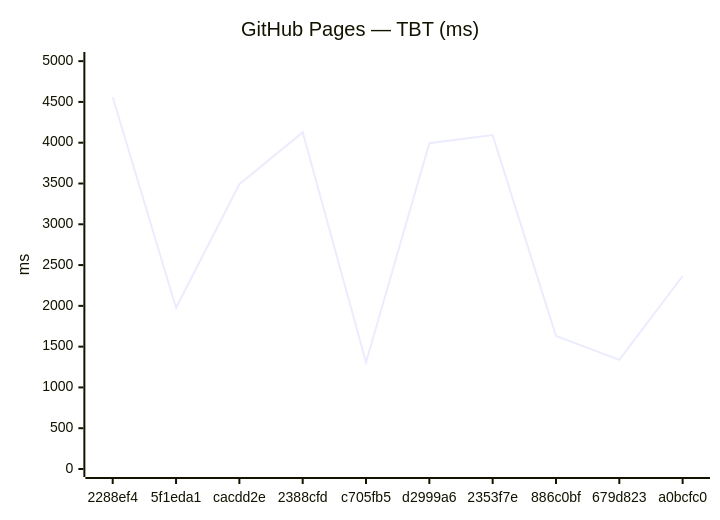
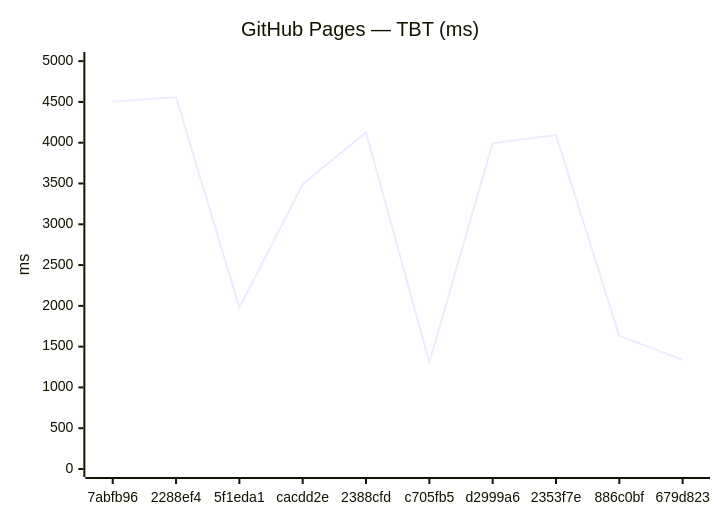
One commit to Metaheurist/Rianell changed the fourth of 12 diagrams in benchmarks/compare.md. Above: the diagram before and after it, drawn with Mermaid. The commit also changed other lines of this file and 8 other files, not shown here.

````diff
--- a/benchmarks/compare.md
+++ b/benchmarks/compare.md
@@ -61,7 +61,7 @@
 ```mermaid
 xychart-beta
     title "GitHub Pages — TBT (ms)"
-    x-axis ["2288ef4", "5f1eda1", "cacdd2e", "2388cfd", "c705fb5", "d2999a6", "2353f7e", "886c0bf", "679d823", "a0bcfc0"]
+    x-axis ["7abfb96", "2288ef4", "5f1eda1", "cacdd2e", "2388cfd", "c705fb5", "d2999a6", "2353f7e", "886c0bf", "679d823"]
     y-axis "ms" 0 --> 5014
-    line [4558, 1976, 3491, 4127, 1307, 3994, 4093, 1630, 1338, 2366]
+    line [4504, 4558, 1976, 3491, 4127, 1307, 3994, 4093, 1630, 1338]
 ```
````
